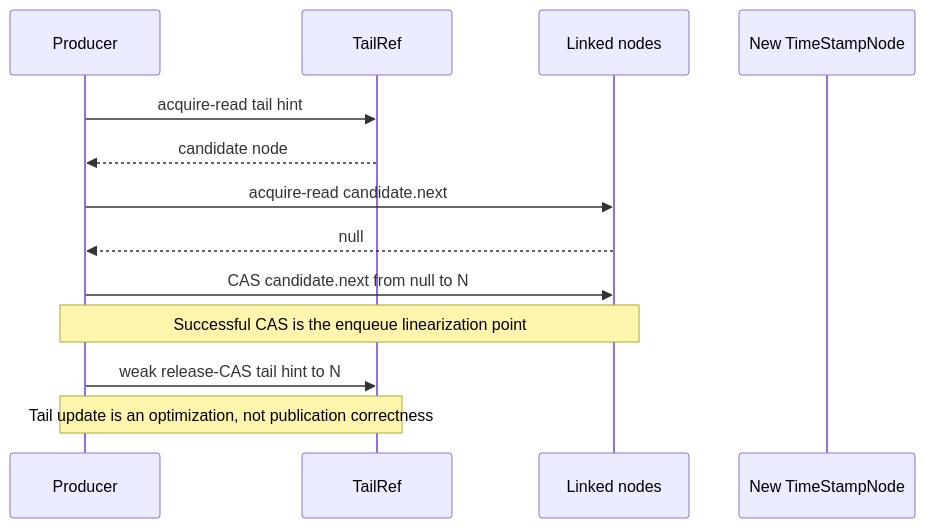
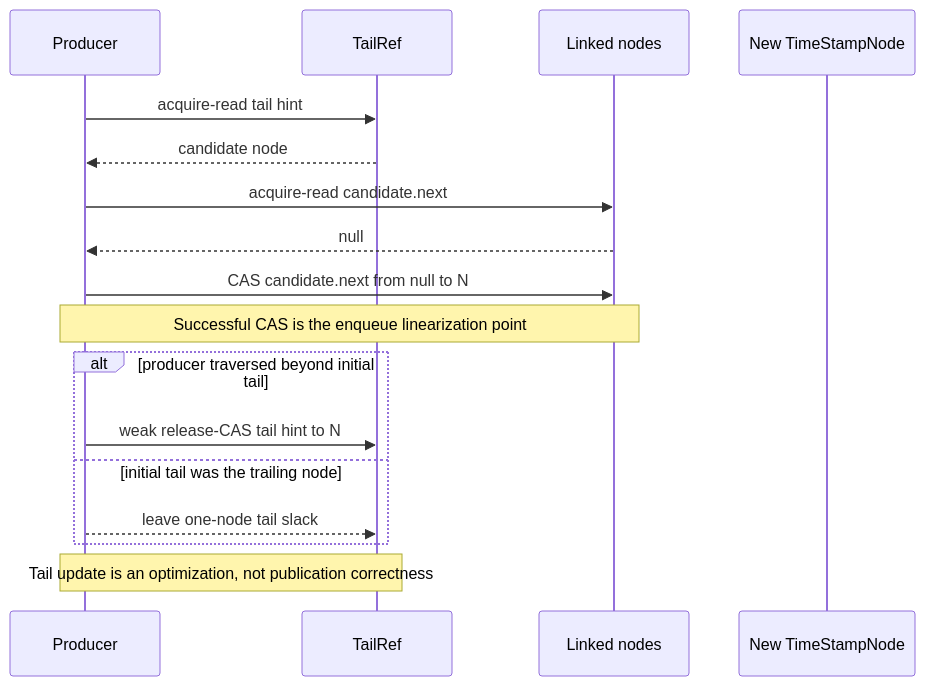
One commit to kmgowda/SBK changed diagram 11 of 33 in docs/TIMESTAMP_MPSC_QUEUE.md. Above: the diagram before and after it, drawn with Mermaid. The commit also changed other lines of this file and 21 other files, not shown here.

````diff
--- a/docs/TIMESTAMP_MPSC_QUEUE.md
+++ b/docs/TIMESTAMP_MPSC_QUEUE.md
@@ -265,16 +516,20 @@
 ```mermaid
 sequenceDiagram
     participant P as Producer
     participant T as TailRef
     participant L as Linked nodes
     participant N as New TimeStampNode
 
     P->>T: acquire-read tail hint
     T-->>P: candidate node
     P->>L: acquire-read candidate.next
     L-->>P: null
     P->>L: CAS candidate.next from null to N
     Note over P,L: Successful CAS is the enqueue linearization point
-    P->>T: weak release-CAS tail hint to N
+    alt producer traversed beyond initial tail
+        P->>T: weak release-CAS tail hint to N
+    else initial tail was the trailing node
+        P-->>T: leave one-node tail slack
+    end
     Note over P,T: Tail update is an optimization, not publication correctness
 ```
````
